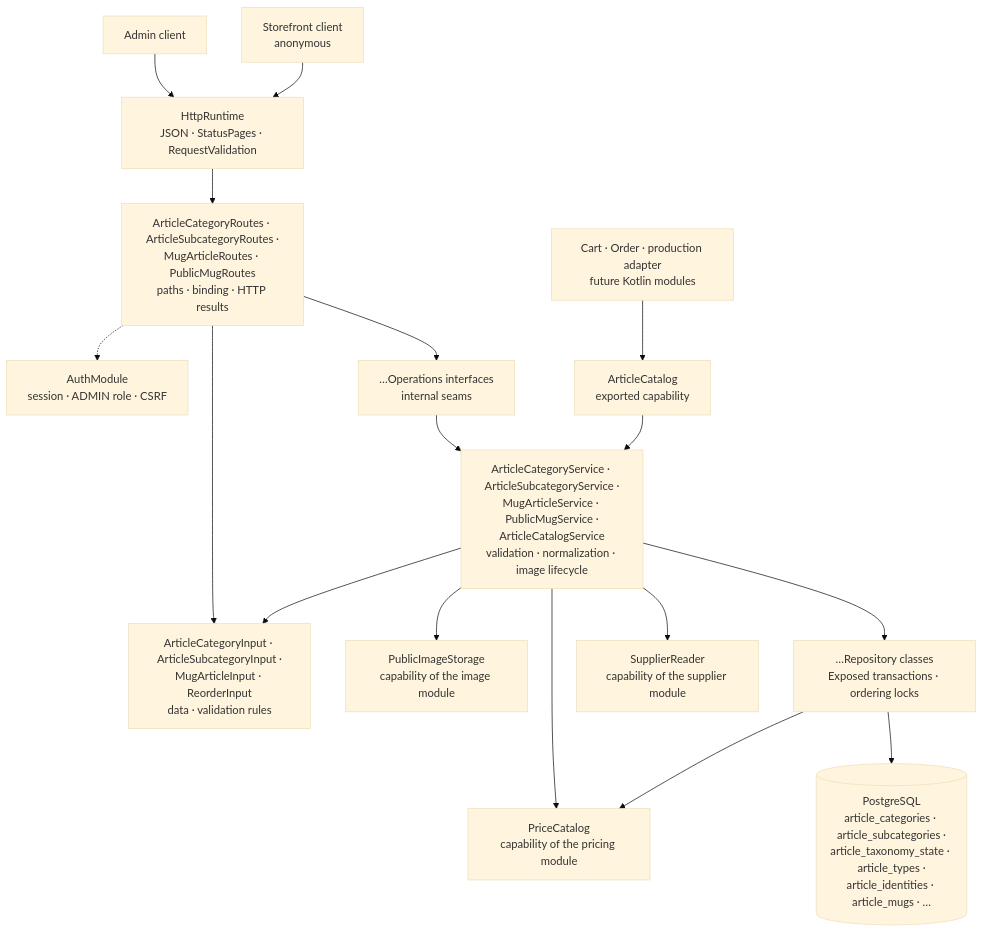
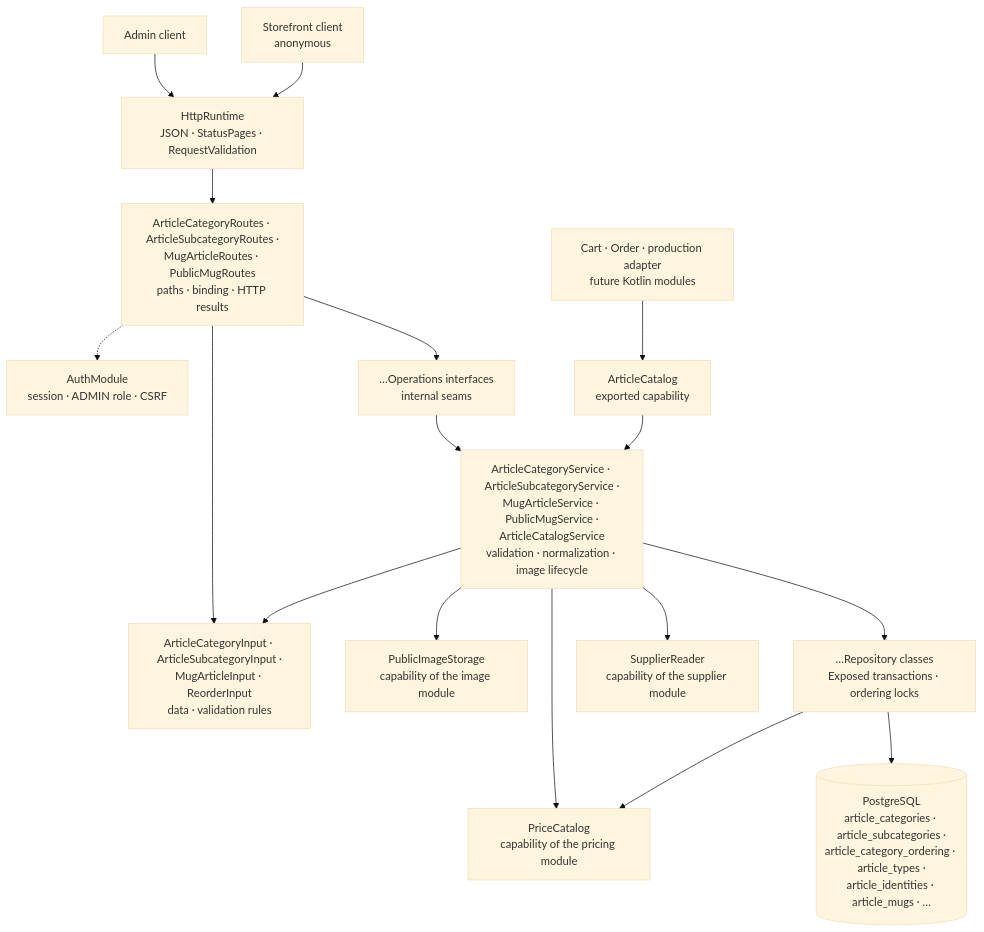
Before and after one commit to bitstorm-tech/voenix-shop-kotlin: the diagram in docs/dev/backend/article-package.md, drawn with Mermaid (base theme). The commit also changed other lines of this file and 40 other files, not shown here.

Commit message:
Retire the term taxonomy: package article.category, table article_category_ordering, CONTEXT.md glossary

````diff
--- a/docs/dev/backend/article-package.md
+++ b/docs/dev/backend/article-package.md
@@ -52,33 +52,33 @@
 ```mermaid
 flowchart TB
     Client["Admin client"]
     Shop["Storefront client<br/>anonymous"]
     Http["HttpRuntime<br/>JSON · StatusPages · RequestValidation"]
     Auth["AuthModule<br/>session · ADMIN role · CSRF"]
     Routes["ArticleCategoryRoutes · ArticleSubcategoryRoutes ·<br/>MugArticleRoutes · PublicMugRoutes<br/>paths · binding · HTTP results"]
     Input["ArticleCategoryInput · ArticleSubcategoryInput ·<br/>MugArticleInput · ReorderInput<br/>data · validation rules"]
     Operations["…Operations interfaces<br/>internal seams"]
     Consumer["Cart · Order · production adapter<br/>future Kotlin modules"]
     Catalog["ArticleCatalog<br/>exported capability"]
     Service["ArticleCategoryService · ArticleSubcategoryService ·<br/>MugArticleService · PublicMugService ·<br/>ArticleCatalogService<br/>validation · normalization · image lifecycle"]
     Images["PublicImageStorage<br/>capability of the image module"]
     Prices["PriceCatalog<br/>capability of the pricing module"]
     Suppliers["SupplierReader<br/>capability of the supplier module"]
     Repository["…Repository classes<br/>Exposed transactions · ordering locks"]
-    Database[("PostgreSQL<br/>article_categories · article_subcategories ·<br/>article_taxonomy_state · article_types ·<br/>article_identities · article_mugs · …")]
+    Database[("PostgreSQL<br/>article_categories · article_subcategories ·<br/>article_category_ordering · article_types ·<br/>article_identities · article_mugs · …")]
 
     Client --> Http --> Routes
     Shop --> Http
     Consumer --> Catalog --> Service
     Routes -.-> Auth
     Routes --> Input
     Routes --> Operations
     Operations --> Service
     Service --> Input
     Service --> Images
     Service --> Prices
     Service --> Suppliers
     Service --> Repository
     Repository --> Prices
     Repository --> Database
 ```
````
